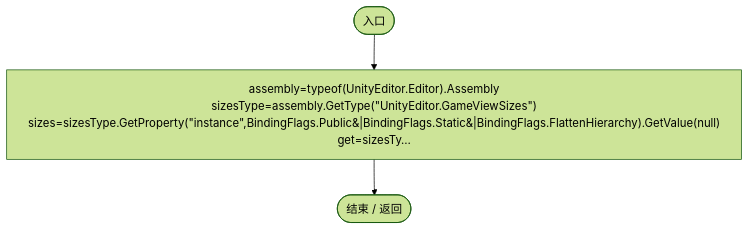
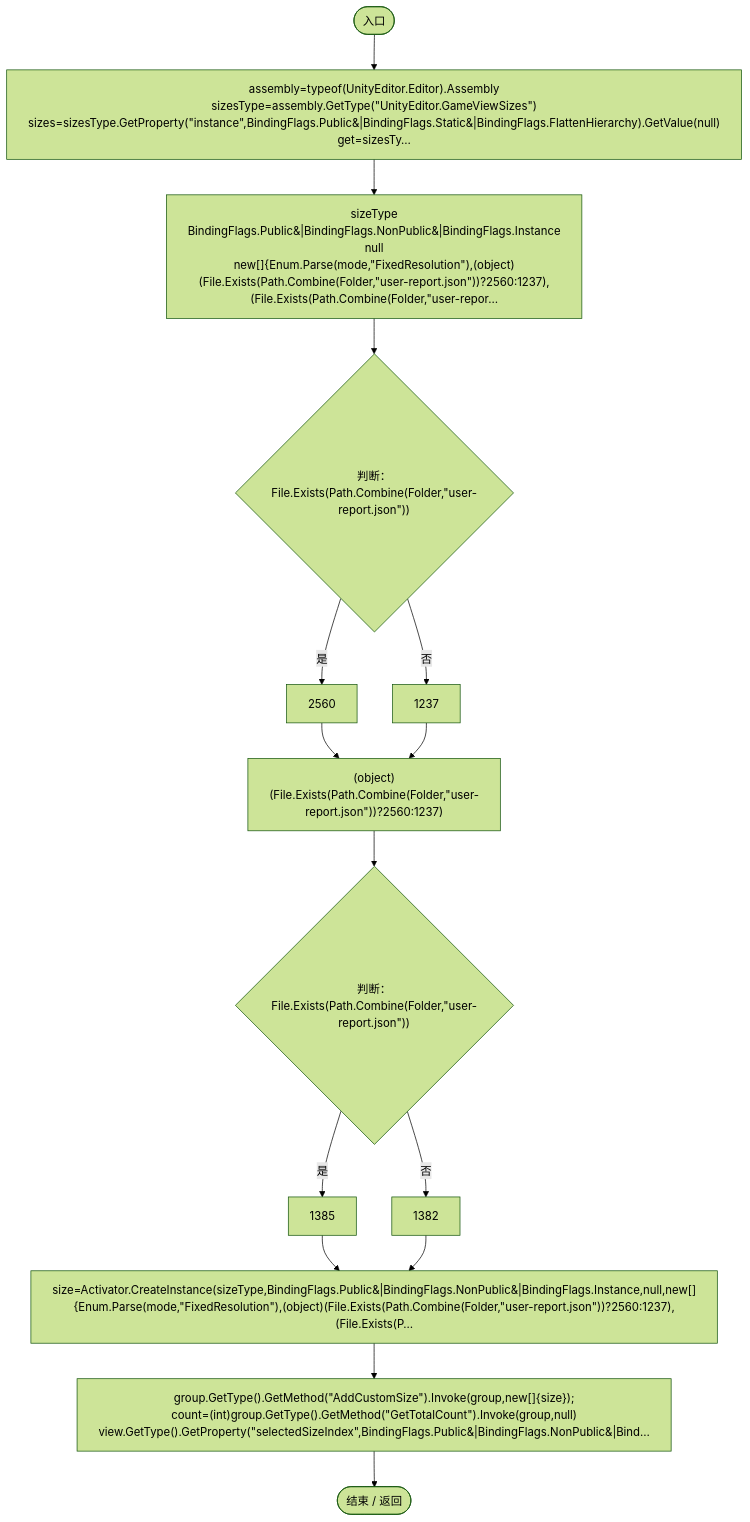
Before and after one commit to xhs6666/Darwin_paradise: the fifth of 20 diagrams in Docs/运行流程图/脚本/f44d9a167c505ecf.md, drawn with Mermaid (forest theme). The commit also changed other lines of this file and 212 other files, not shown here.

````diff
--- a/Docs/运行流程图/脚本/f44d9a167c505ecf.md
+++ b/Docs/运行流程图/脚本/f44d9a167c505ecf.md
@@ -129,9 +129,31 @@
 ```mermaid
 flowchart TD
   b0(["入口"])
   b1["assembly=typeof(UnityEditor.Editor).Assembly<br/>sizesType=assembly.GetType(&quot;UnityEditor.GameViewSizes&quot;)<br/>sizes=sizesType.GetProperty(&quot;instance&quot;,BindingFlags.Public&#124;BindingFlags.Static&#124;BindingFlags.FlattenHierarchy).GetValue(null)<br/>get=sizesTy…"]
-  b2(["结束 / 返回"])
+  b2["sizeType<br/>BindingFlags.Public&#124;BindingFlags.NonPublic&#124;BindingFlags.Instance<br/>null<br/>new[]{Enum.Parse(mode,&quot;FixedResolution&quot;),(object)(File.Exists(Path.Combine(Folder,&quot;user-report.json&quot;))?2560:1237),(File.Exists(Path.Combine(Folder,&quot;user-repor…"]
+  b3{"判断：File.Exists(Path.Combine(Folder,&quot;user-report.json&quot;))"}
+  b4["2560"]
+  b5["1237"]
+  b6["(object)(File.Exists(Path.Combine(Folder,&quot;user-report.json&quot;))?2560:1237)"]
+  b7{"判断：File.Exists(Path.Combine(Folder,&quot;user-report.json&quot;))"}
+  b8["1385"]
+  b9["1382"]
+  b10["size=Activator.CreateInstance(sizeType,BindingFlags.Public&#124;BindingFlags.NonPublic&#124;BindingFlags.Instance,null,new[]{Enum.Parse(mode,&quot;FixedResolution&quot;),(object)(File.Exists(Path.Combine(Folder,&quot;user-report.json&quot;))?2560:1237),(File.Exists(P…"]
+  b11["group.GetType().GetMethod(&quot;AddCustomSize&quot;).Invoke(group,new[]{size});<br/>count=(int)group.GetType().GetMethod(&quot;GetTotalCount&quot;).Invoke(group,null)<br/>view.GetType().GetProperty(&quot;selectedSizeIndex&quot;,BindingFlags.Public&#124;BindingFlags.NonPublic&#124;Bind…"]
+  b12(["结束 / 返回"])
   b0 --> b1
   b1 --> b2
+  b2 --> b3
+  b3 -->|"是"| b4
+  b3 -->|"否"| b5
+  b4 --> b6
+  b5 --> b6
+  b6 --> b7
+  b7 -->|"是"| b8
+  b7 -->|"否"| b9
+  b8 --> b10
+  b9 --> b10
+  b10 --> b11
+  b11 --> b12
 
 ```
````
